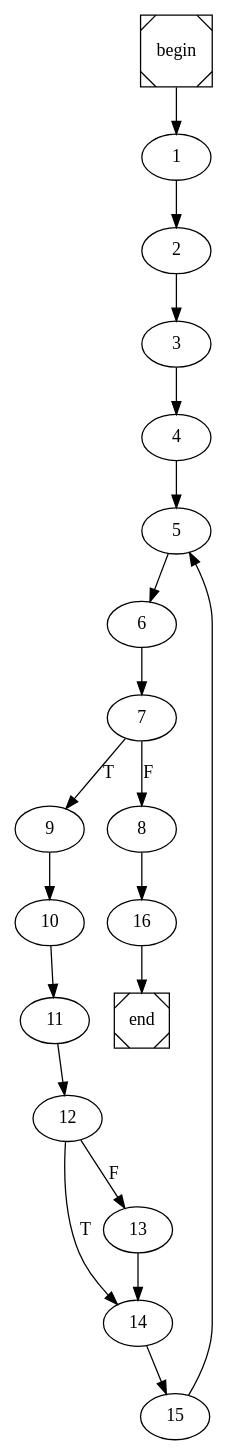
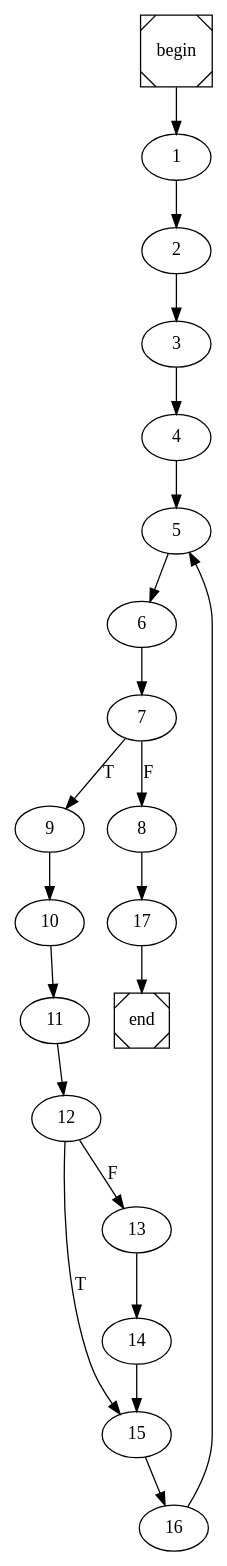
Before and after one commit to pedrojfs17/FEUP-COMP: the diagram in find_maximum.dot, drawn with Graphviz. The commit also changed 11 other files, not shown here.

```diff
--- a/find_maximum.dot
+++ b/find_maximum.dot
@@ -1,4 +1,4 @@
 digraph cfg {
 	begin [shape=Msquare];
 	end [shape=Msquare];
-	begin -> 1;	1 -> 2;	2 -> 3;	3 -> 4;	4 -> 5;	5 -> 6;	6 -> 7;	7 -> 9[label=T];	7 -> 8[label=F];	8 -> 16;	9 -> 10;	10 -> 11;	11 -> 12;	12 -> 14[label=T];	12 -> 13[label=F];	13 -> 14;	14 -> 15;	15 -> 5;	16 -> end;}
+	begin -> 1;	1 -> 2;	2 -> 3;	3 -> 4;	4 -> 5;	5 -> 6;	6 -> 7;	7 -> 9[label=T];	7 -> 8[label=F];	8 -> 17;	9 -> 10;	10 -> 11;	11 -> 12;	12 -> 15[label=T];	12 -> 13[label=F];	13 -> 14;	14 -> 15;	15 -> 16;	16 -> 5;	17 -> end;}
```
